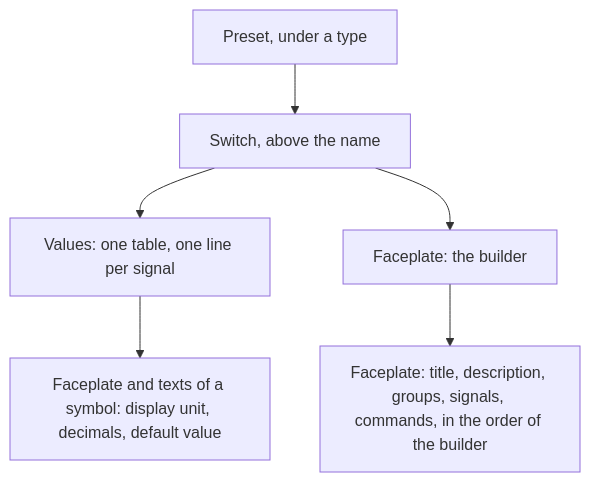
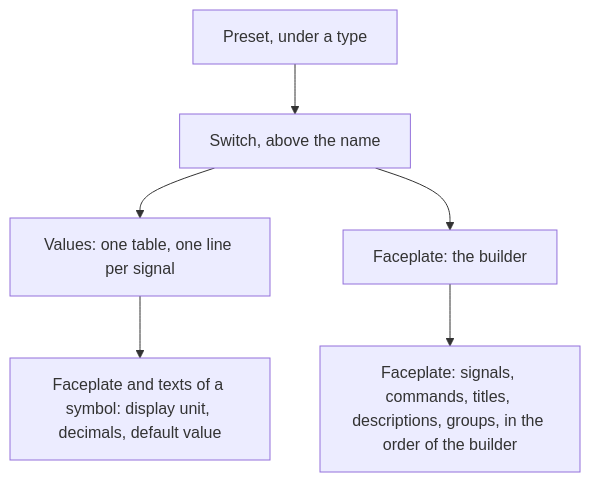
Before and after one commit to AlexandreGallais/synoptic-studio-spec: the first of 5 diagrams in metadata/09-presets.md, drawn with Mermaid. The commit also changed other lines of this file and 7 other files, not shown here.

First line of the commit message:
docs(presets): make the faceplate builder elements only

````diff
--- a/metadata/09-presets.md
+++ b/metadata/09-presets.md
@@ -38,8 +38,8 @@
 ```mermaid
 flowchart TD
     R["Preset, under a type"] --> SW["Switch, above the name"]
     SW --> V["Values: one table, one line per signal"]
     SW --> B["Faceplate: the builder"]
     V --> F["Faceplate and texts of a symbol: display unit, decimals, default value"]
-    B --> F2["Faceplate: title, description, groups, signals, commands, in the order of the builder"]
+    B --> F2["Faceplate: signals, commands, titles, descriptions, groups, in the order of the builder"]
 ```
````
